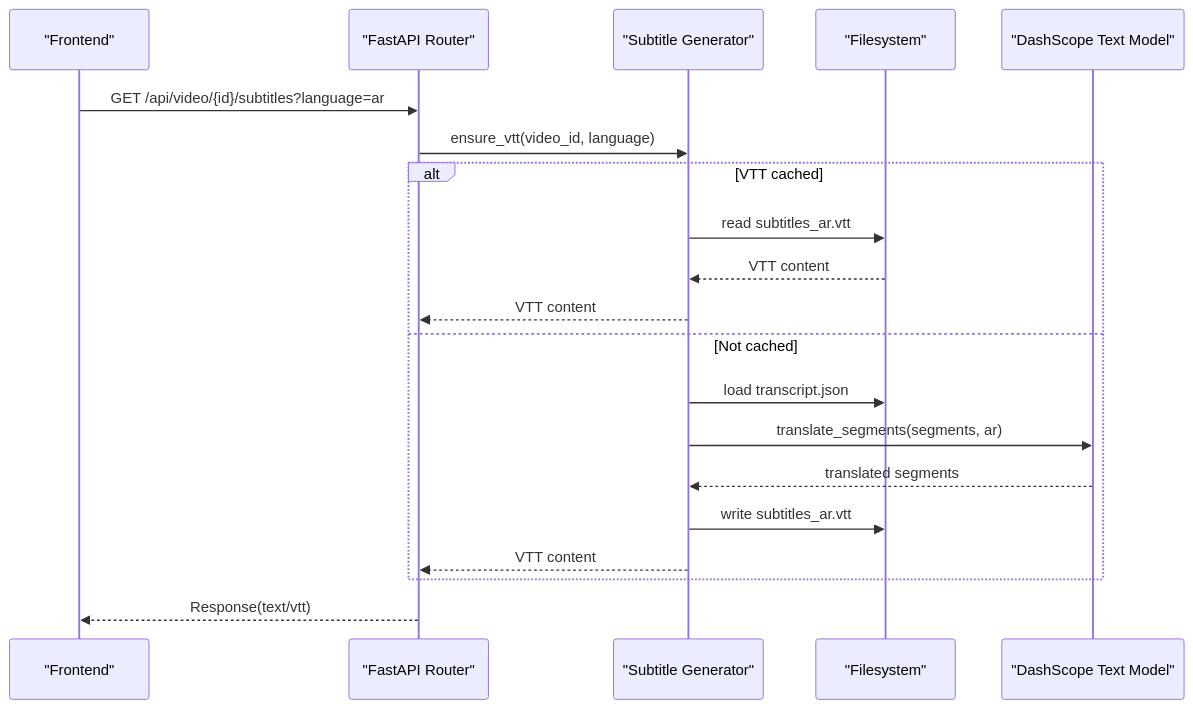
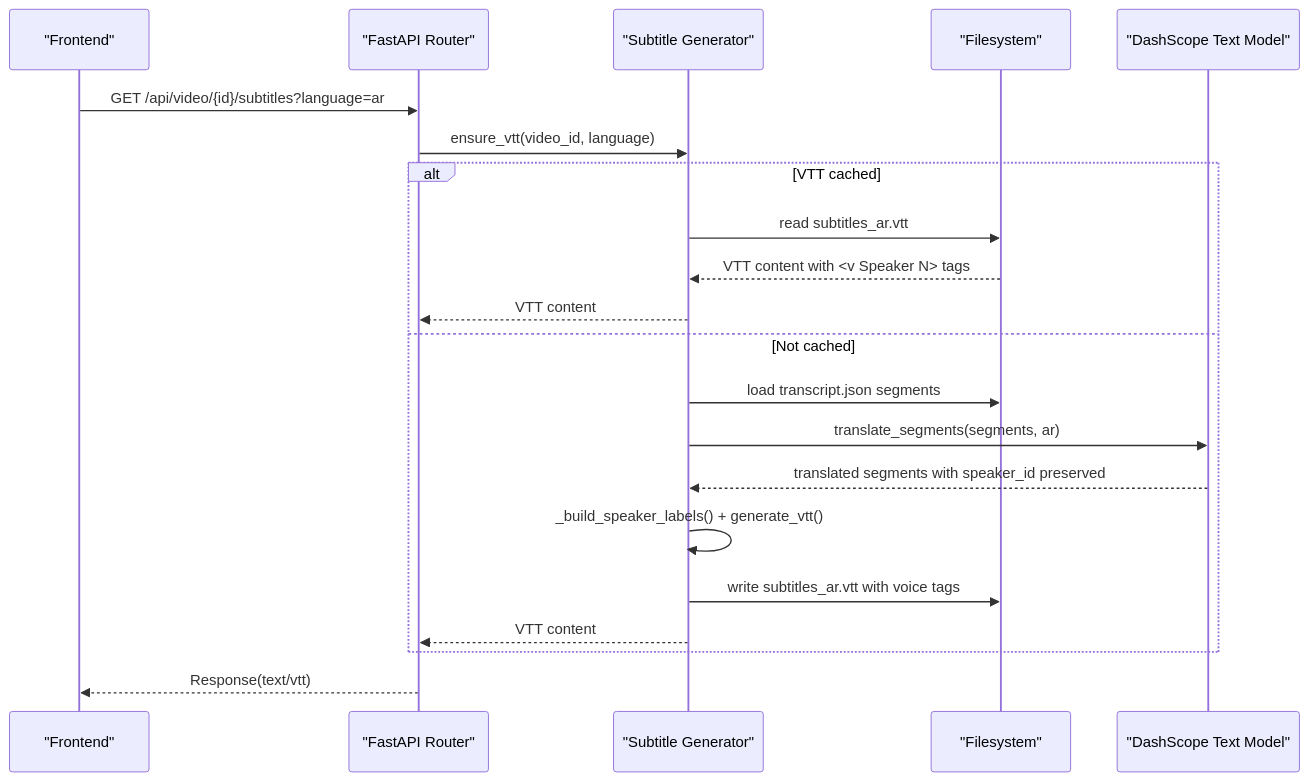
The second of 8 diagrams in .qoder/repowiki/en/content/Media Processing Pipeline/Subtitle Generation Module.md (alexandreybasta-cyber/dubai-media-ai), drawn with Mermaid before and after one commit. The commit also changed other lines of this file and 20 other files, not shown here.

````diff
--- a/.qoder/repowiki/en/content/Media Processing Pipeline/Subtitle Generation Module.md
+++ b/.qoder/repowiki/en/content/Media Processing Pipeline/Subtitle Generation Module.md
@@ -105,22 +117,23 @@
 ```mermaid
 sequenceDiagram
 participant FE as "Frontend"
 participant API as "FastAPI Router"
 participant SG as "Subtitle Generator"
 participant FS as "Filesystem"
 participant LLM as "DashScope Text Model"
 FE->>API : GET /api/video/{id}/subtitles?language=ar
 API->>SG : ensure_vtt(video_id, language)
 alt VTT cached
 SG->>FS : read subtitles_ar.vtt
-FS-->>SG : VTT content
+FS-->>SG : VTT content with <v Speaker N> tags
 SG-->>API : VTT content
 else Not cached
-SG->>FS : load transcript.json
+SG->>FS : load transcript.json segments
 SG->>LLM : translate_segments(segments, ar)
-LLM-->>SG : translated segments
-SG->>FS : write subtitles_ar.vtt
+LLM-->>SG : translated segments with speaker_id preserved
+SG->>SG : _build_speaker_labels() + generate_vtt()
+SG->>FS : write subtitles_ar.vtt with voice tags
 SG-->>API : VTT content
 end
 API-->>FE : Response(text/vtt)
 ```
````
